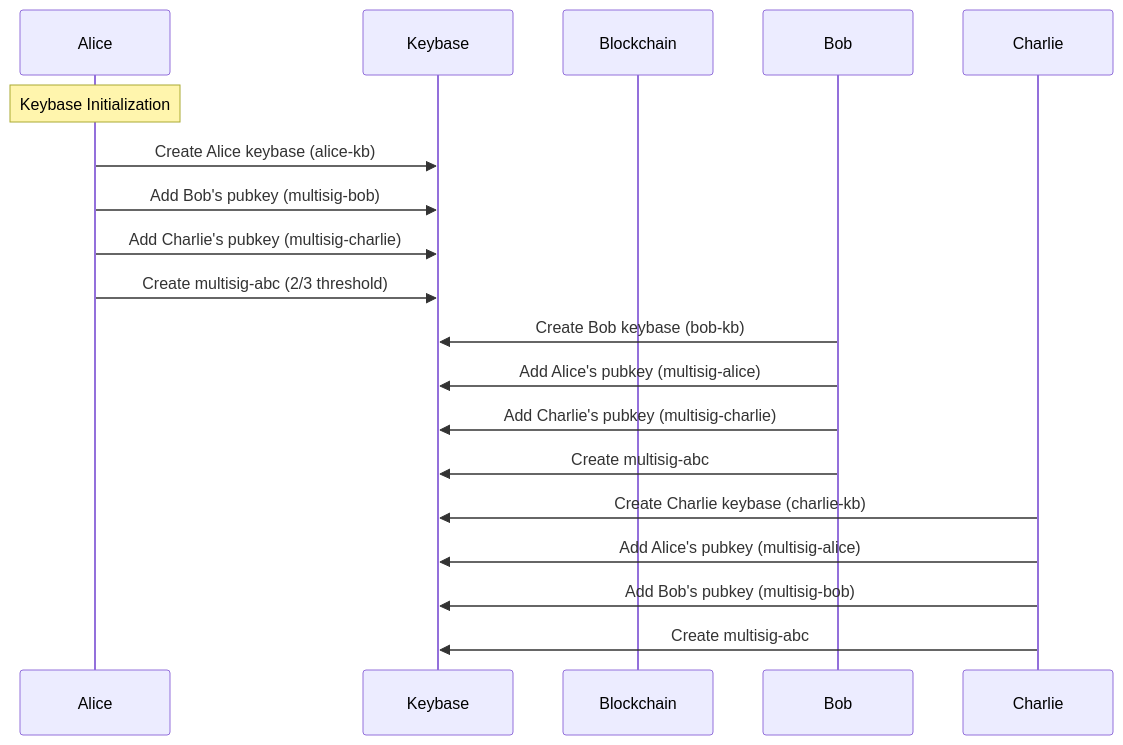
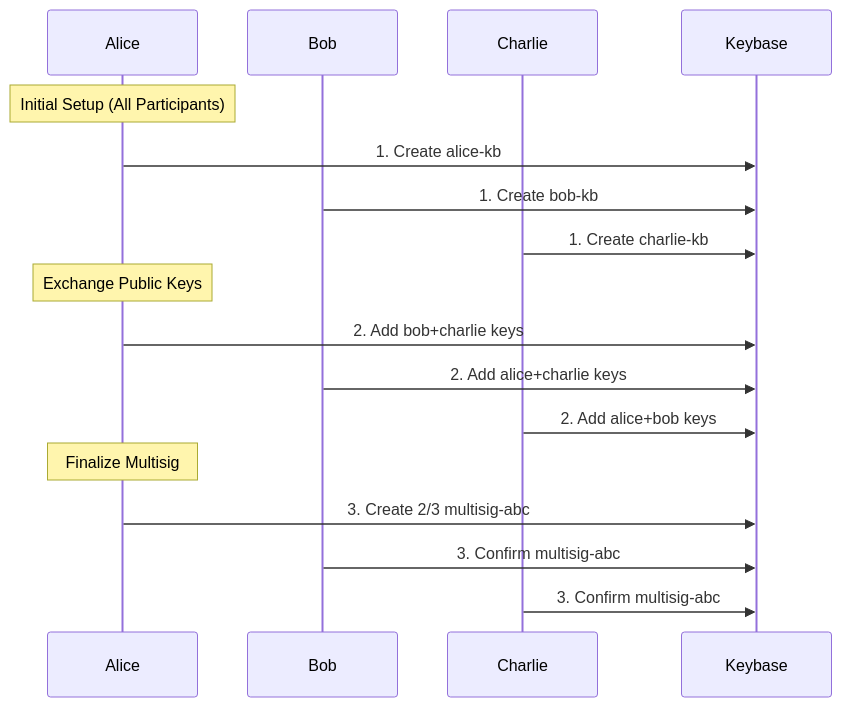
One commit to samouraiworld/peerdev changed the fifth of 7 diagrams in gno-tutorials/short-tutorials/9-secure-tx/slides.md. Above: the diagram before and after it, drawn with Mermaid. The commit also changed other lines of this file, not shown here.

````diff
--- a/gno-tutorials/short-tutorials/9-secure-tx/slides.md
+++ b/gno-tutorials/short-tutorials/9-secure-tx/slides.md
@@ -304,24 +306,22 @@
-```mermaid{scale: 0.5}
+```mermaid{scale: 0.6}
 sequenceDiagram
     participant A as Alice
-    participant KB as Keybase
-    participant BC as Blockchain
     participant B as Bob
     participant C as Charlie
+    participant KB as Keybase
 
-        note over A: Keybase Initialization
-        A->>KB: Create Alice keybase (alice-kb)
-        A->>KB: Add Bob's pubkey (multisig-bob)
-        A->>KB: Add Charlie's pubkey (multisig-charlie)
-        A->>KB: Create multisig-abc (2/3 threshold)
-        
-        B->>KB: Create Bob keybase (bob-kb)
-        B->>KB: Add Alice's pubkey (multisig-alice)
-        B->>KB: Add Charlie's pubkey (multisig-charlie)
-        B->>KB: Create multisig-abc
-        
-        C->>KB: Create Charlie keybase (charlie-kb)
-        C->>KB: Add Alice's pubkey (multisig-alice)
-        C->>KB: Add Bob's pubkey (multisig-bob)
-        C->>KB: Create multisig-abc
+    note over A: Initial Setup (All Participants)
+    A->>KB: 1. Create alice-kb
+    B->>KB: 1. Create bob-kb
+    C->>KB: 1. Create charlie-kb
+
+    note over A: Exchange Public Keys
+    A->>KB: 2. Add bob+charlie keys
+    B->>KB: 2. Add alice+charlie keys
+    C->>KB: 2. Add alice+bob keys
+
+    note over A: Finalize Multisig
+    A->>KB: 3. Create 2/3 multisig-abc
+    B->>KB: 3. Confirm multisig-abc
+    C->>KB: 3. Confirm multisig-abc
 ```
````
